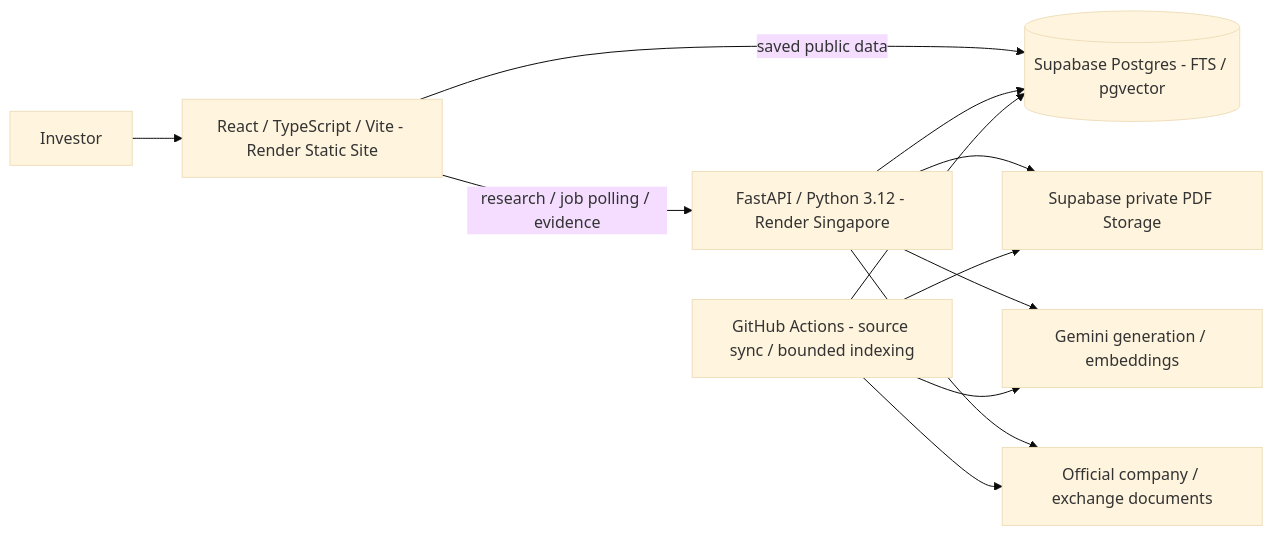
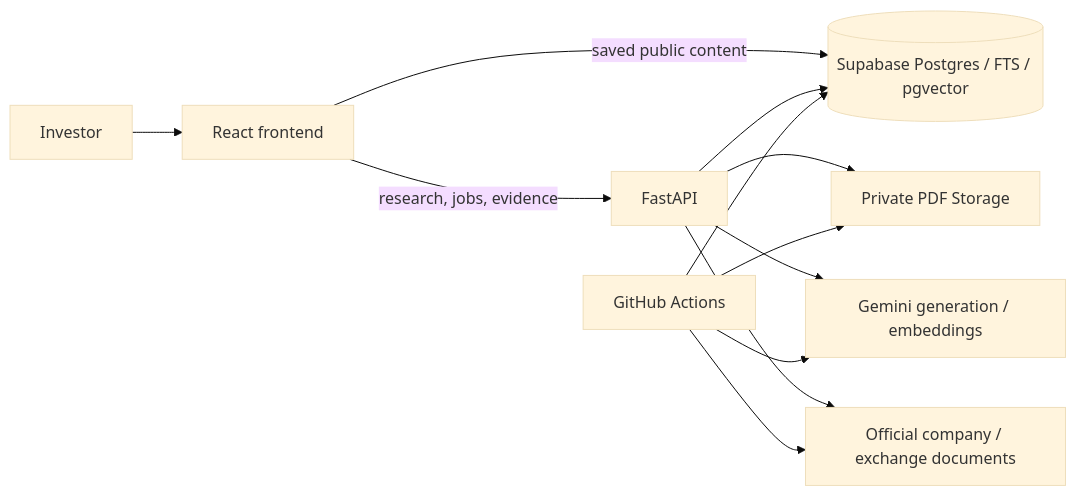
Before and after one commit to ash9201/enam_finn: the diagram in README.md, drawn with Mermaid (base theme). The commit also changed other lines of this file and 23 other files, not shown here.

````diff
--- a/README.md
+++ b/README.md
@@ -79,14 +47,14 @@
 ```mermaid
 flowchart LR
-  Investor --> Web[React / TypeScript / Vite - Render Static Site]
-  Web -->|saved public data| DB[(Supabase Postgres - FTS / pgvector)]
-  Web -->|research / job polling / evidence| API[FastAPI / Python 3.12 - Render Singapore]
+  User[Investor] --> Web[React frontend]
+  Web -->|saved public content| DB[(Supabase Postgres / FTS / pgvector)]
+  Web -->|research, jobs, evidence| API[FastAPI]
   API --> DB
-  API --> Files[Supabase private PDF Storage]
+  API --> PDFs[Private PDF Storage]
   API --> Gemini[Gemini generation / embeddings]
-  API --> Primary[Official company / exchange documents]
-  Actions[GitHub Actions - source sync / bounded indexing] --> Primary
-  Actions --> DB
-  Actions --> Files
-  Actions --> Gemini
+  API --> Sources[Official company / exchange documents]
+  Jobs[GitHub Actions] --> Sources
+  Jobs --> DB
+  Jobs --> PDFs
+  Jobs --> Gemini
 ```
````
